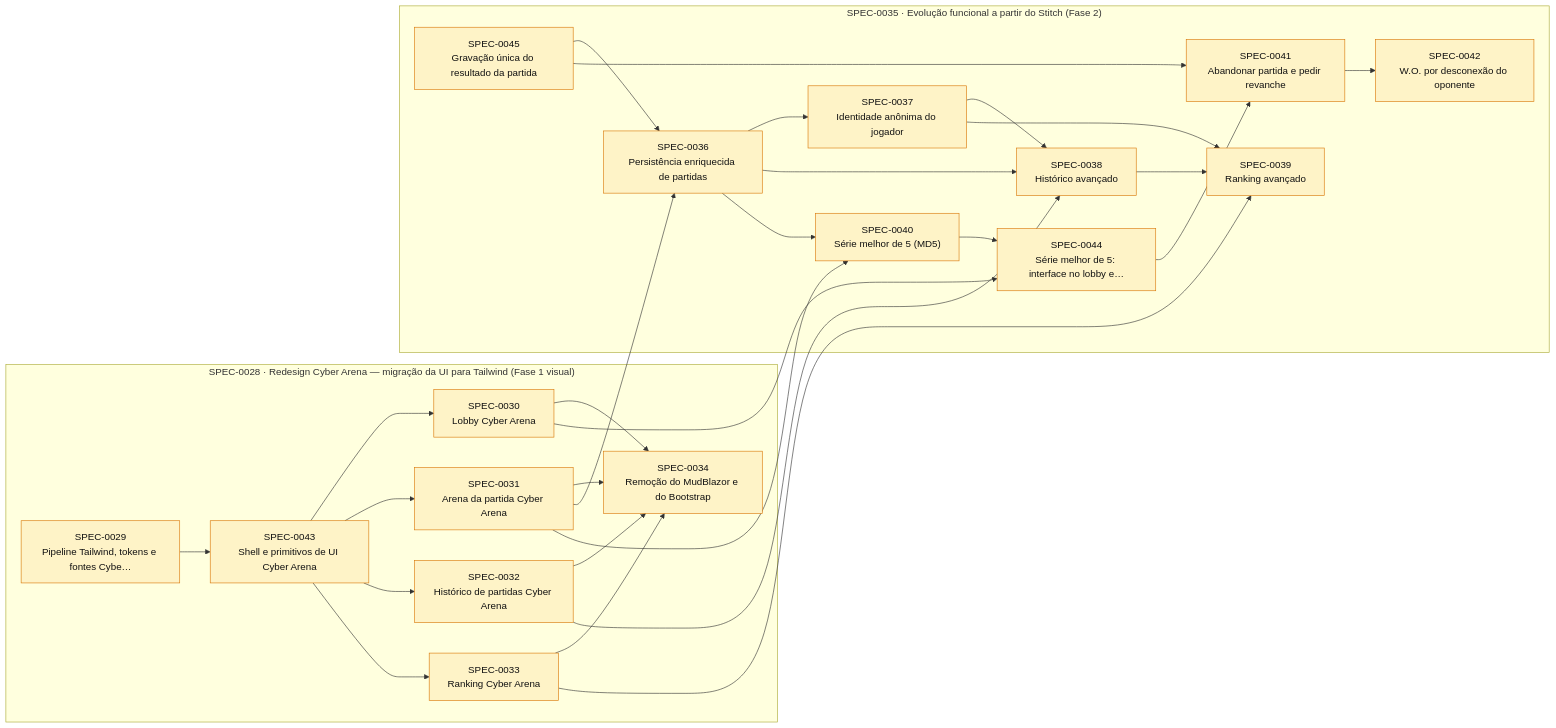
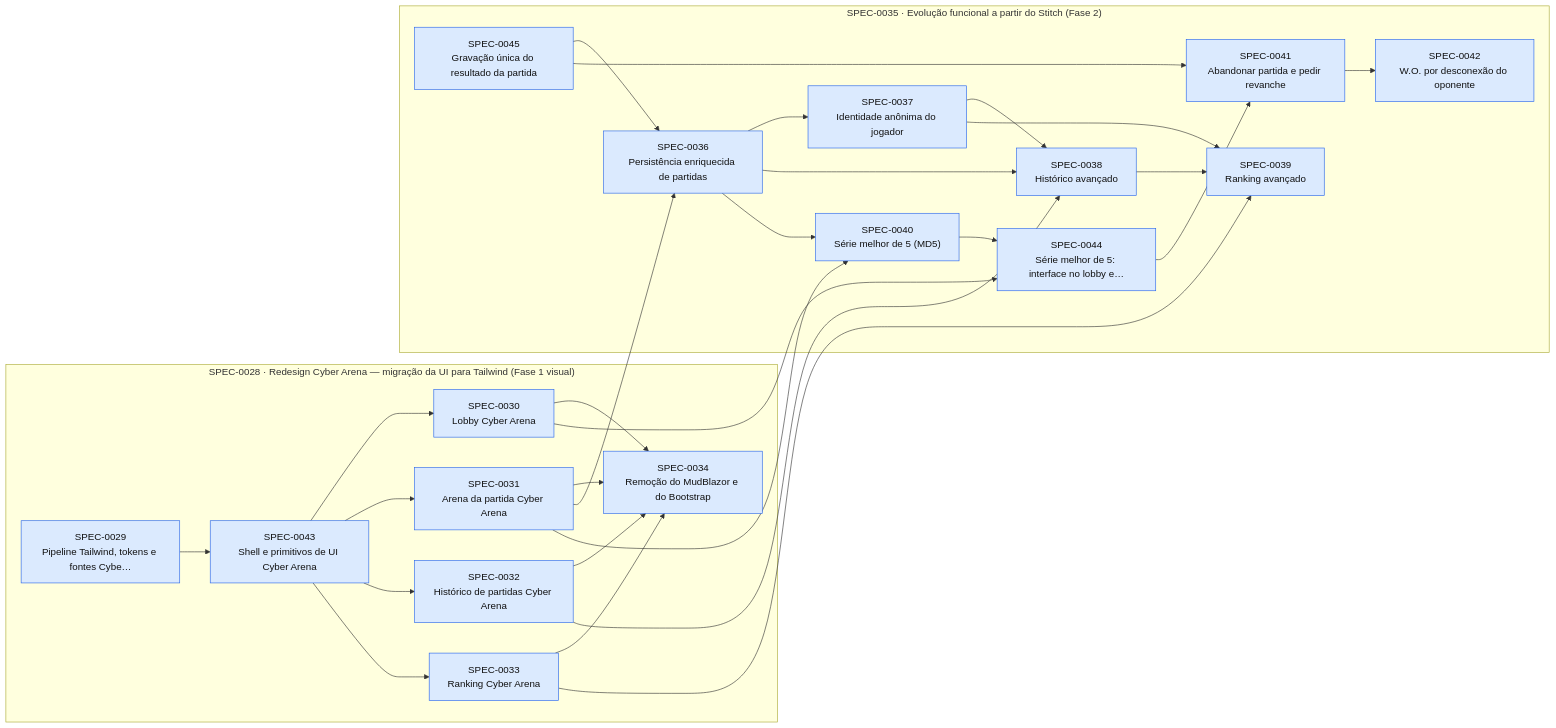
Before and after one commit to thomasravache/jogo-da-velha-multiplayer: the diagram in docs/specs/INDEX.md, drawn with Mermaid. The commit also changed other lines of this file and 20 other files, not shown here.

````diff
--- a/docs/specs/INDEX.md
+++ b/docs/specs/INDEX.md
@@ -51,53 +51,53 @@
 ```mermaid
 flowchart LR
   subgraph E0028["SPEC-0028 · Redesign Cyber Arena — migração da UI para Tailwind (Fase 1 visual)"]
-    S0029["SPEC-0029<br/>Pipeline Tailwind, tokens e fontes Cybe…"]:::proposed
-    S0030["SPEC-0030<br/>Lobby Cyber Arena"]:::proposed
-    S0031["SPEC-0031<br/>Arena da partida Cyber Arena"]:::proposed
-    S0032["SPEC-0032<br/>Histórico de partidas Cyber Arena"]:::proposed
-    S0033["SPEC-0033<br/>Ranking Cyber Arena"]:::proposed
-    S0034["SPEC-0034<br/>Remoção do MudBlazor e do Bootstrap"]:::proposed
-    S0043["SPEC-0043<br/>Shell e primitivos de UI Cyber Arena"]:::proposed
+    S0029["SPEC-0029<br/>Pipeline Tailwind, tokens e fontes Cybe…"]:::approved
+    S0030["SPEC-0030<br/>Lobby Cyber Arena"]:::approved
+    S0031["SPEC-0031<br/>Arena da partida Cyber Arena"]:::approved
+    S0032["SPEC-0032<br/>Histórico de partidas Cyber Arena"]:::approved
+    S0033["SPEC-0033<br/>Ranking Cyber Arena"]:::approved
+    S0034["SPEC-0034<br/>Remoção do MudBlazor e do Bootstrap"]:::approved
+    S0043["SPEC-0043<br/>Shell e primitivos de UI Cyber Arena"]:::approved
   end
   subgraph E0035["SPEC-0035 · Evolução funcional a partir do Stitch (Fase 2)"]
-    S0036["SPEC-0036<br/>Persistência enriquecida de partidas"]:::proposed
-    S0037["SPEC-0037<br/>Identidade anônima do jogador"]:::proposed
-    S0038["SPEC-0038<br/>Histórico avançado"]:::proposed
-    S0039["SPEC-0039<br/>Ranking avançado"]:::proposed
-    S0040["SPEC-0040<br/>Série melhor de 5 (MD5)"]:::proposed
-    S0041["SPEC-0041<br/>Abandonar partida e pedir revanche"]:::proposed
-    S0042["SPEC-0042<br/>W.O. por desconexão do oponente"]:::proposed
-    S0044["SPEC-0044<br/>Série melhor de 5: interface no lobby e…"]:::proposed
-    S0045["SPEC-0045<br/>Gravação única do resultado da partida"]:::proposed
+    S0036["SPEC-0036<br/>Persistência enriquecida de partidas"]:::approved
+    S0037["SPEC-0037<br/>Identidade anônima do jogador"]:::approved
+    S0038["SPEC-0038<br/>Histórico avançado"]:::approved
+    S0039["SPEC-0039<br/>Ranking avançado"]:::approved
+    S0040["SPEC-0040<br/>Série melhor de 5 (MD5)"]:::approved
+    S0041["SPEC-0041<br/>Abandonar partida e pedir revanche"]:::approved
+    S0042["SPEC-0042<br/>W.O. por desconexão do oponente"]:::approved
+    S0044["SPEC-0044<br/>Série melhor de 5: interface no lobby e…"]:::approved
+    S0045["SPEC-0045<br/>Gravação única do resultado da partida"]:::approved
   end
   S0043 --> S0030
   S0043 --> S0031
   S0043 --> S0032
   S0043 --> S0033
   S0030 --> S0034
   S0031 --> S0034
   S0032 --> S0034
   S0033 --> S0034
   S0031 --> S0036
   S0045 --> S0036
   S0036 --> S0037
   S0032 --> S0038
   S0036 --> S0038
   S0037 --> S0038
   S0033 --> S0039
   S0037 --> S0039
   S0038 --> S0039
   S0031 --> S0040
   S0036 --> S0040
   S0044 --> S0041
   S0045 --> S0041
   S0041 --> S0042
   S0029 --> S0043
   S0030 --> S0044
   S0040 --> S0044
   classDef proposed fill:#fef3c7,stroke:#d97706,color:#111
   classDef approved fill:#dbeafe,stroke:#2563eb,color:#111
   classDef inprogress fill:#ede9fe,stroke:#7c3aed,color:#111
   classDef implemented fill:#dcfce7,stroke:#16a34a,color:#111
   classDef deprecated fill:#f3f4f6,stroke:#9ca3af,color:#6b7280
 ```
````
